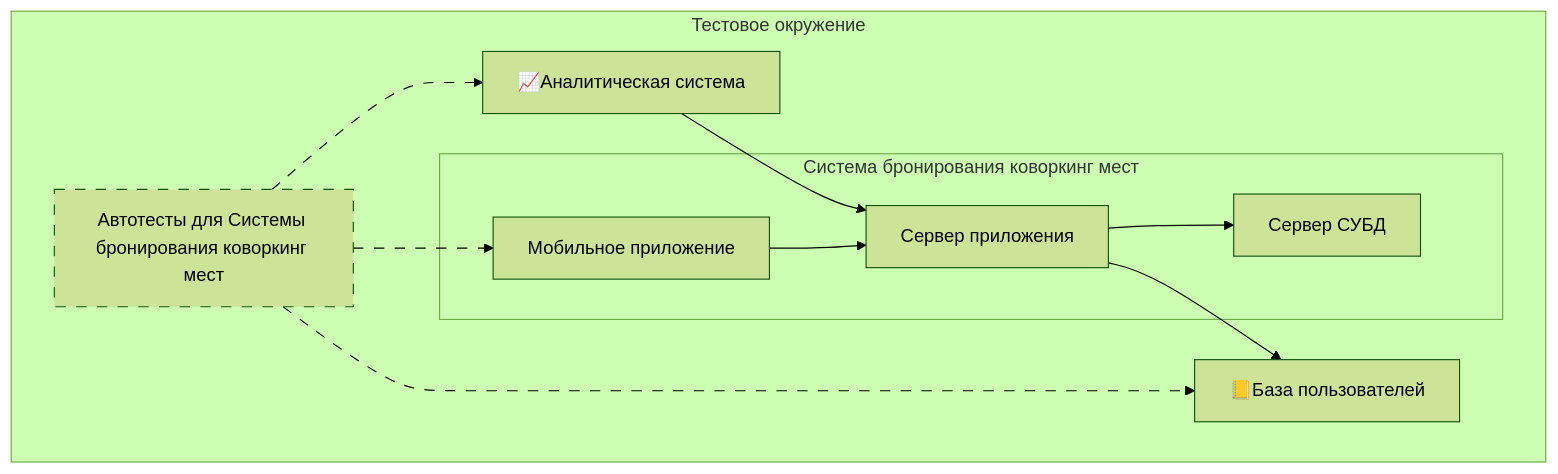
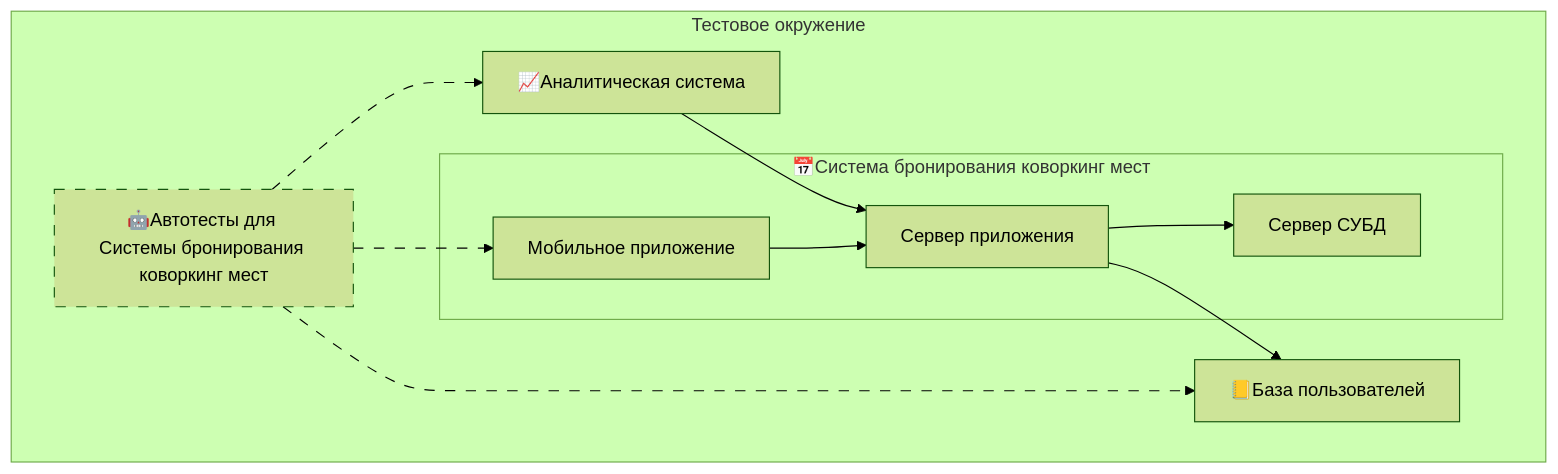
One commit to shiriev/unit-test-presentation changed the fifth of 15 diagrams in pres.md. Above: the diagram before and after it, drawn with Mermaid (forest theme). The commit also changed other lines of this file and 2 other files, not shown here.

````diff
--- a/pres.md
+++ b/pres.md
@@ -181,25 +240,25 @@
 ```mermaid
 flowchart TB
     subgraph test_env[Тестовое окружение]
         direction LR
-        qa[Автотесты для Системы бронирования коворкинг мест]:::current
+        qa[🤖Автотесты для Системы бронирования коворкинг мест]:::current
         account_system_test[📈Аналитическая система]
         user_base_test[📒База пользователей]
         qa e1@--> ui_test
         qa e2@--> account_system_test
         qa e3@--> user_base_test
         classDef current stroke-dasharray: 9,5,stroke-dashoffset: 900;
         class e1 current
         class e2 current
         class e3 current
         account_system_test --> backend_test
         backend_test --> user_base_test
-        subgraph br_system_test[Система бронирования коворкинг мест]
+        subgraph br_system_test[📅Система бронирования коворкинг мест]
             ui_test[Мобильное приложение]
             database_test[Сервер СУБД]
             backend_test[Сервер приложения]
             ui_test --> backend_test
             backend_test --> database_test
         end
     end
 ```
````
